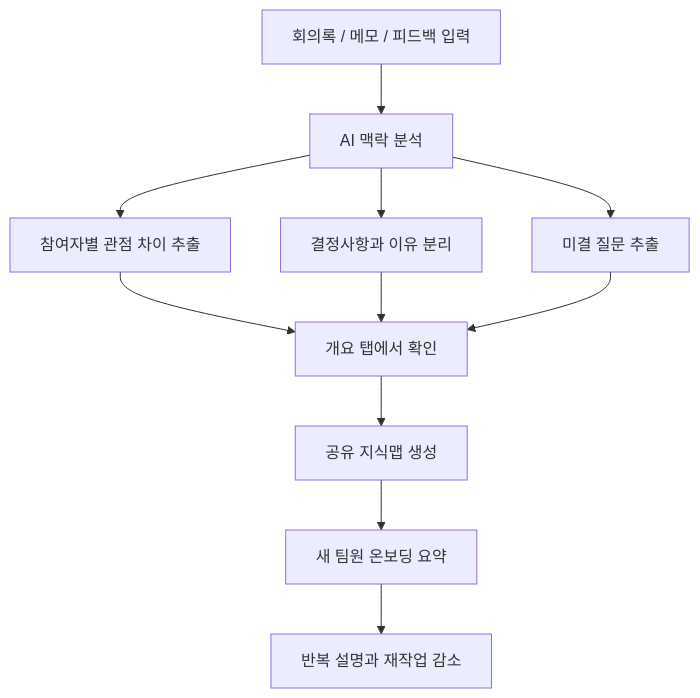
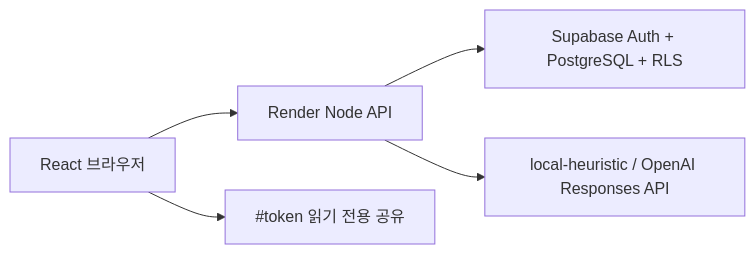
The diagram in docs/pr-description-draft.md (Mureung1/hub-showcase), drawn with Mermaid before and after one commit. The commit also changed other lines of this file and 76 other files, not shown here.

````diff
--- a/docs/pr-description-draft.md
+++ b/docs/pr-description-draft.md
@@ -46,13 +13,7 @@
 ```mermaid
-flowchart TD
-    A["회의록 / 메모 / 피드백 입력"] --> B["AI 맥락 분석"]
-    B --> C["참여자별 관점 차이 추출"]
-    B --> D["결정사항과 이유 분리"]
-    B --> E["미결 질문 추출"]
-    C --> F["개요 탭에서 확인"]
-    D --> F
-    E --> F
-    F --> G["공유 지식맵 생성"]
-    G --> H["새 팀원 온보딩 요약"]
-    H --> I["반복 설명과 재작업 감소"]
+flowchart LR
+    A["React 브라우저"] --> B["Render Node API"]
+    B --> C["Supabase Auth + PostgreSQL + RLS"]
+    B --> D["local-heuristic / OpenAI Responses API"]
+    A --> E["#token 읽기 전용 공유"]
 ```
````
